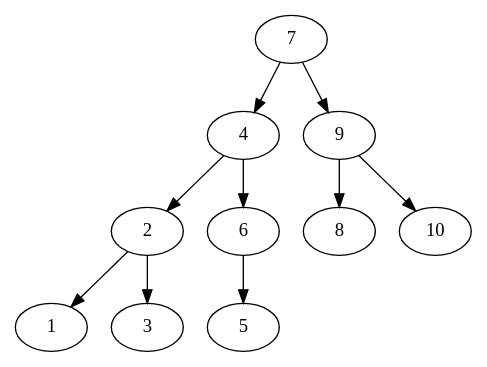
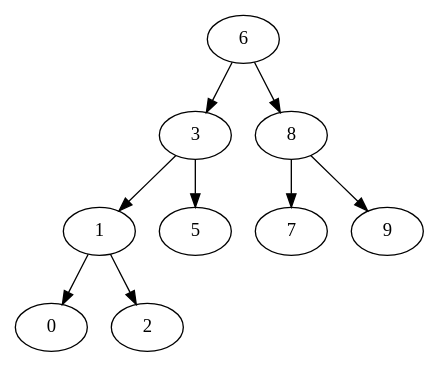
The seventh of 7 diagrams in 02_计算机基础理论/01_数据结构与算法.md (aBadString/aBadString-Java-Notes), drawn with Graphviz before and after one commit. The commit also changed other lines of this file and 5 other files, not shown here.

````diff
--- a/02_计算机基础理论/01_数据结构与算法.md
+++ b/02_计算机基础理论/01_数据结构与算法.md
@@ -642,13 +643,12 @@
 ```dot
 digraph BST{
-    7 -> 4
-    7 -> 9
-    4 -> 2
-    4 -> 6
-    2 -> 1
-    2 -> 3
-    6 -> 5
-    9 -> 8
-    9 -> 10
+    6 -> 3
+    6 -> 8
+    3 -> 1
+    3 -> 5
+    1 -> 0
+    1 -> 2
+    8 -> 7
+    8 -> 9
 }
 ```
````
